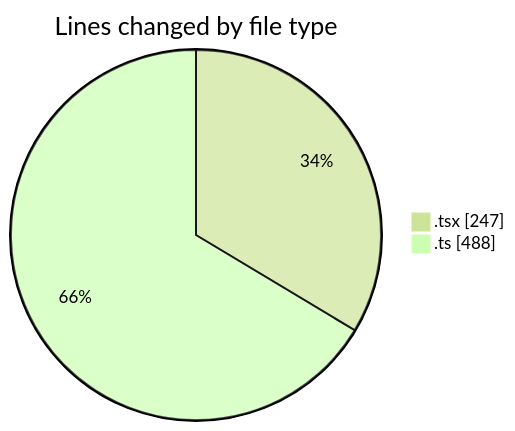
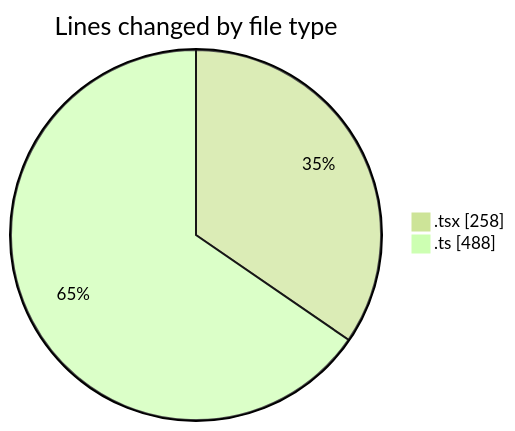
One commit to momahboobian/code-tracking changed the first of 2 diagrams in 2025-10-21/cda/README.md. Above: the diagram before and after it, drawn with Mermaid (forest theme). The commit also changed other lines of this file and 1 other file, not shown here.

````diff
--- a/2025-10-21/cda/README.md
+++ b/2025-10-21/cda/README.md
@@ -23,6 +23,6 @@
 ```mermaid
 pie showData
 title Lines changed by file type
-".tsx" : 247
+".tsx" : 258
 ".ts" : 488
 ```
````
